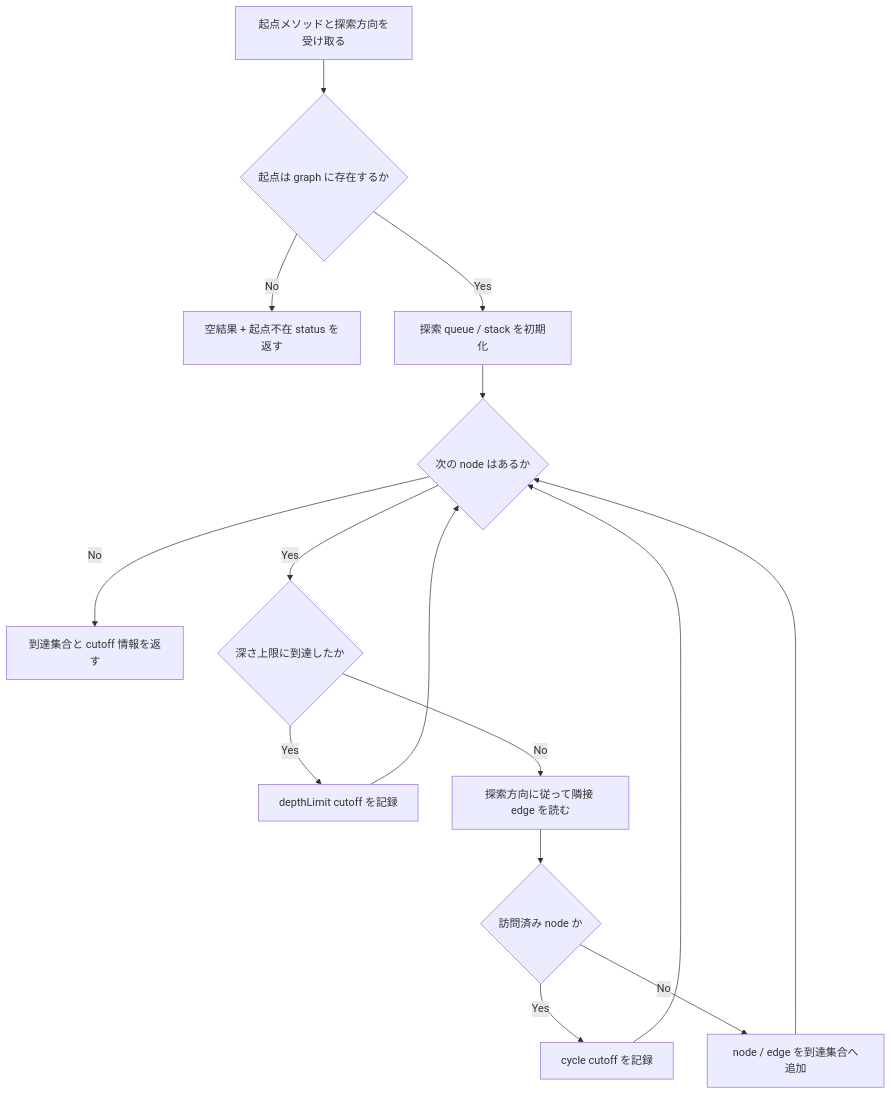
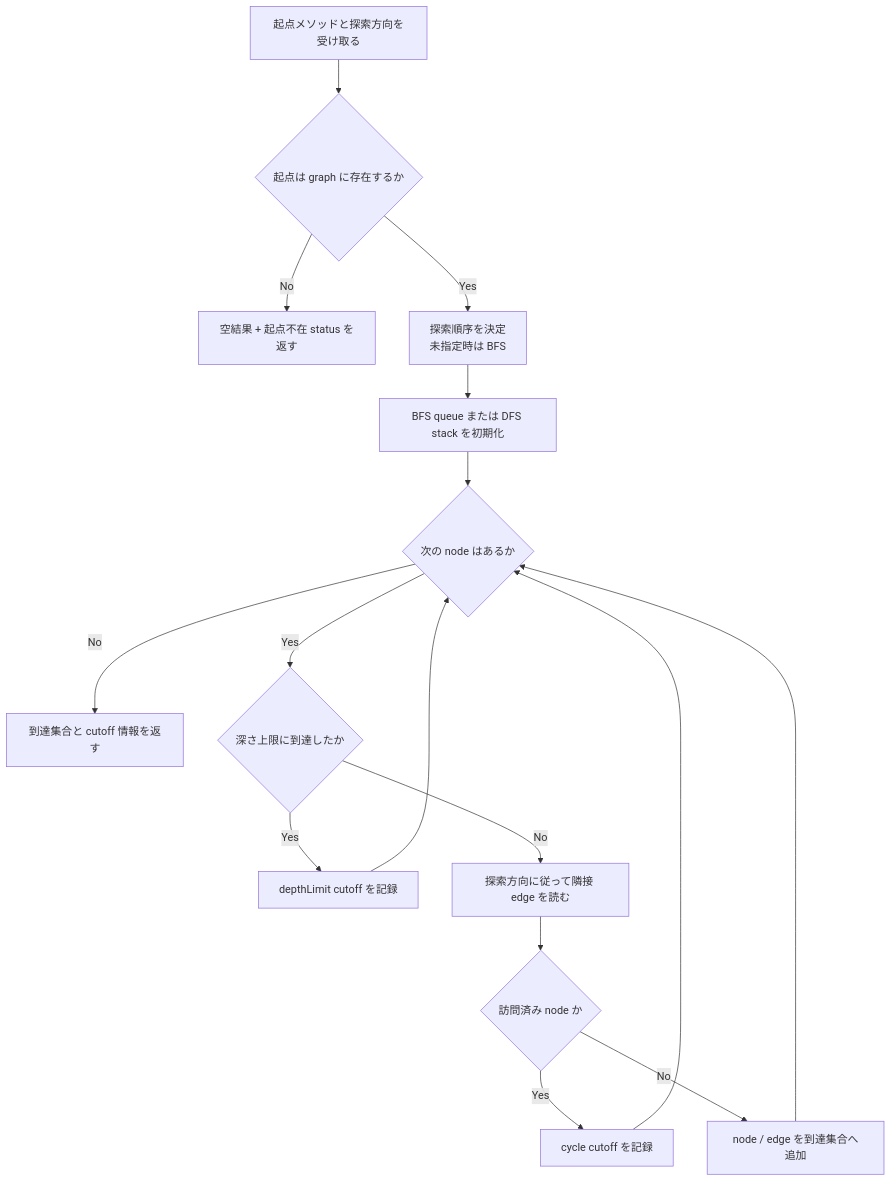
The first of 2 diagrams in specs/6-traversal/index.md (Fukuemon/depwalk), drawn with Mermaid before and after one commit. The commit also changed other lines of this file, not shown here.

````diff
--- a/specs/6-traversal/index.md
+++ b/specs/6-traversal/index.md
@@ -293,17 +318,18 @@
 ```mermaid
 flowchart TD
     A["起点メソッドと探索方向を受け取る"] --> B{"起点は graph に存在するか"}
     B -- "No" --> C["空結果 + 起点不在 status を返す"]
-    B -- "Yes" --> D["探索 queue / stack を初期化"]
-    D --> E{"次の node はあるか"}
-    E -- "No" --> F["到達集合と cutoff 情報を返す"]
-    E -- "Yes" --> G{"深さ上限に到達したか"}
-    G -- "Yes" --> H["depthLimit cutoff を記録"]
-    G -- "No" --> I["探索方向に従って隣接 edge を読む"]
-    I --> J{"訪問済み node か"}
-    J -- "Yes" --> K["cycle cutoff を記録"]
-    J -- "No" --> L["node / edge を到達集合へ追加"]
-    H --> E
-    K --> E
-    L --> E
+    B -- "Yes" --> D["探索順序を決定<br/>未指定時は BFS"]
+    D --> E["BFS queue または DFS stack を初期化"]
+    E --> F{"次の node はあるか"}
+    F -- "No" --> G["到達集合と cutoff 情報を返す"]
+    F -- "Yes" --> H{"深さ上限に到達したか"}
+    H -- "Yes" --> I["depthLimit cutoff を記録"]
+    H -- "No" --> J["探索方向に従って隣接 edge を読む"]
+    J --> K{"訪問済み node か"}
+    K -- "Yes" --> L["cycle cutoff を記録"]
+    K -- "No" --> M["node / edge を到達集合へ追加"]
+    I --> F
+    L --> F
+    M --> F
 ```
````
